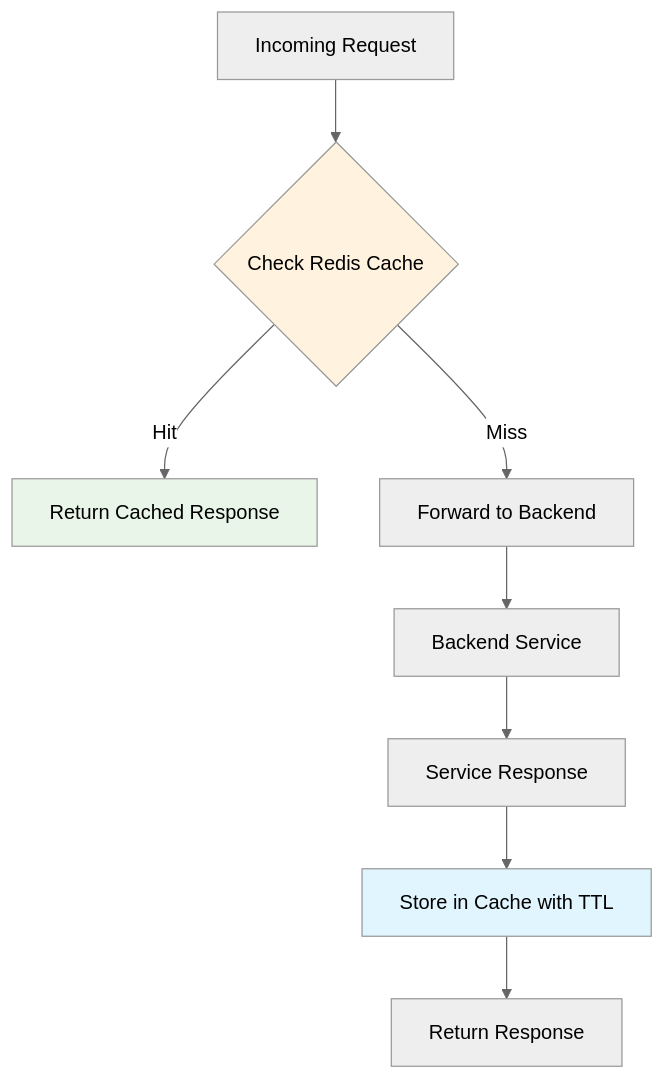
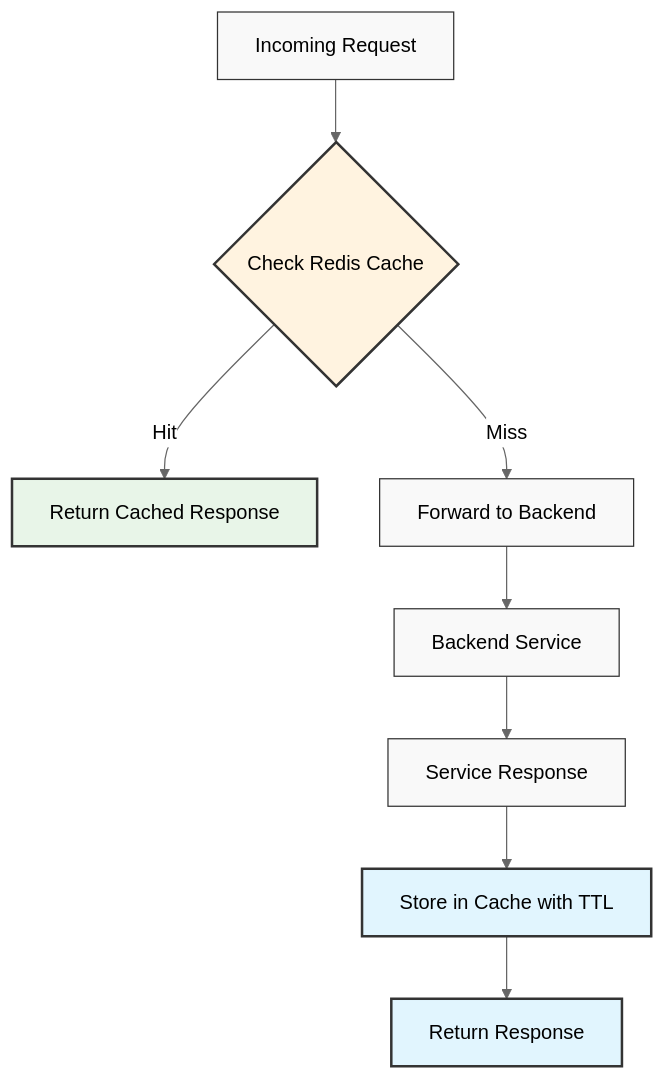
Before and after one commit to sudhan-m/munshi: diagram 16 of 16 in src/api-gateway/README.md, drawn with Mermaid (neutral theme). The commit also changed other lines of this file and 3 other files, not shown here.

First line of the commit message:
Update documentation with proper Mermaid diagrams and current architecture

````diff
--- a/src/api-gateway/README.md
+++ b/src/api-gateway/README.md
@@ -1037,16 +1051,22 @@
 ```mermaid
 flowchart TD
     REQUEST[Incoming Request] --> CACHE_CHECK{Check Redis Cache}
     
     CACHE_CHECK -->|Hit| RETURN_CACHED[Return Cached Response]
     CACHE_CHECK -->|Miss| FORWARD[Forward to Backend]
     
     FORWARD --> BACKEND[Backend Service]
     BACKEND --> RESPONSE[Service Response]
     RESPONSE --> CACHE_STORE[Store in Cache with TTL]
     CACHE_STORE --> RETURN_RESPONSE[Return Response]
     
-    style CACHE_CHECK fill:#fff3e0
-    style RETURN_CACHED fill:#e8f5e8
-    style CACHE_STORE fill:#e1f5fe
+    classDef check fill:#fff3e0,stroke:#333,stroke-width:2px
+    classDef cached fill:#e8f5e8,stroke:#333,stroke-width:2px
+    classDef store fill:#e1f5fe,stroke:#333,stroke-width:2px
+    classDef normal fill:#f9f9f9,stroke:#333,stroke-width:1px
+    
+    class CACHE_CHECK check
+    class RETURN_CACHED cached
+    class CACHE_STORE,RETURN_RESPONSE store
+    class REQUEST,FORWARD,BACKEND,RESPONSE normal
 ```
````
